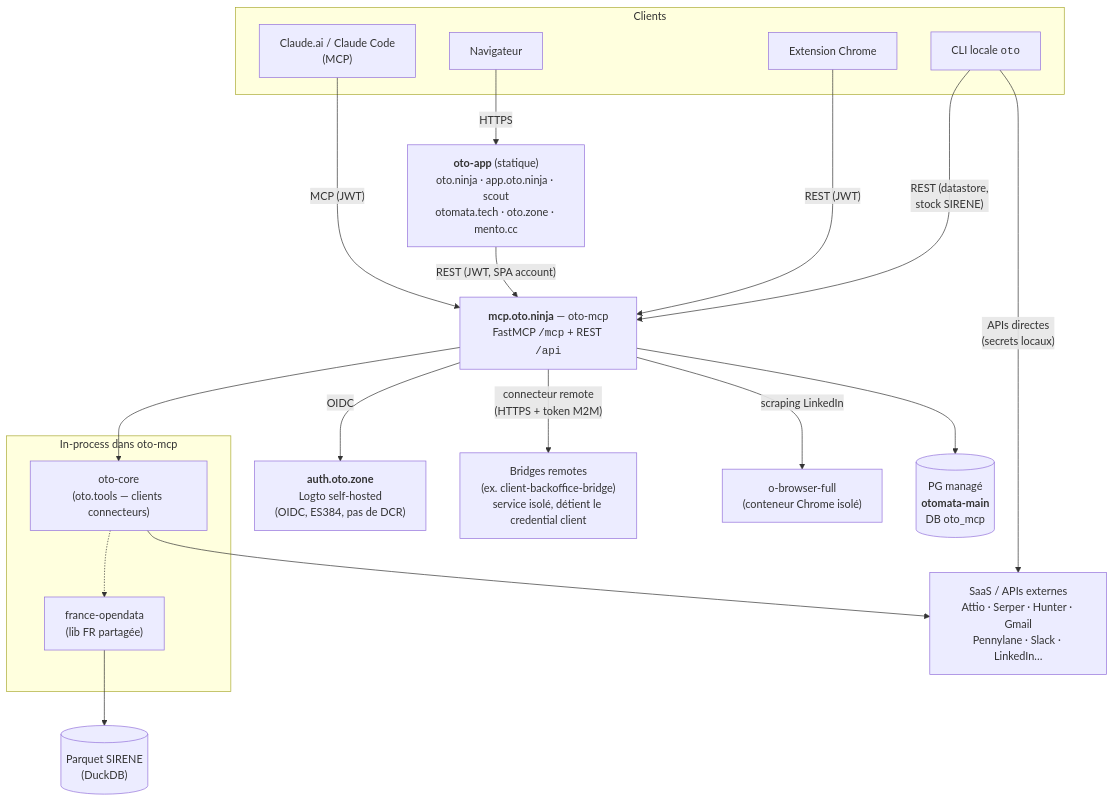
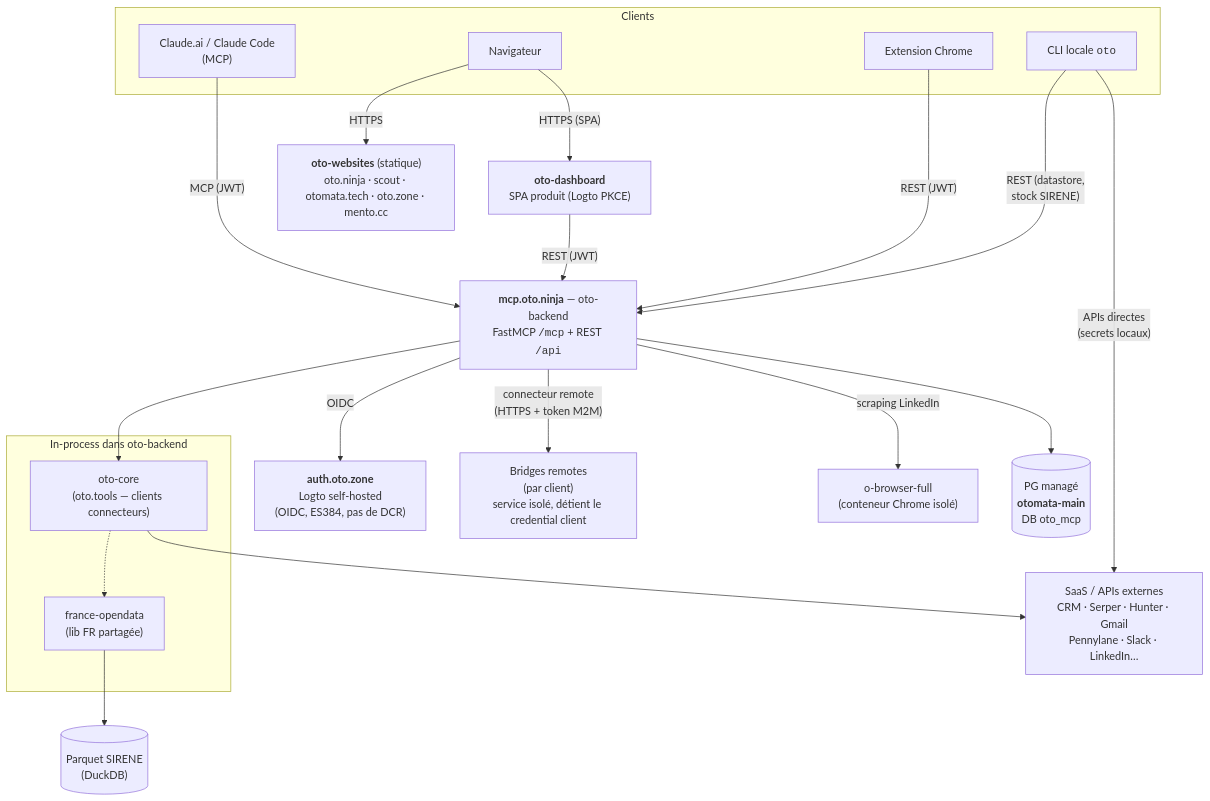
The diagram in docs/architecture.md (otomata-tech/oto), drawn with Mermaid before and after one commit. The commit also changed other lines of this file and 1 other file, not shown here.

````diff
--- a/docs/architecture.md
+++ b/docs/architecture.md
@@ -7,41 +7,43 @@
 ```mermaid
 flowchart TB
     subgraph clients["Clients"]
         claude["Claude.ai / Claude Code<br/>(MCP)"]
         nav["Navigateur"]
         ext["Extension Chrome"]
         cli["CLI locale <code>oto</code>"]
     end
 
     logto["<b>auth.oto.zone</b><br/>Logto self-hosted<br/>(OIDC, ES384, pas de DCR)"]
-    mcp["<b>mcp.oto.ninja</b> — oto-mcp<br/>FastMCP <code>/mcp</code> + REST <code>/api</code>"]
-    fronts["<b>oto-app</b> (statique)<br/>oto.ninja · app.oto.ninja · scout<br/>otomata.tech · oto.zone · mento.cc"]
+    mcp["<b>mcp.oto.ninja</b> — oto-backend<br/>FastMCP <code>/mcp</code> + REST <code>/api</code>"]
+    dash["<b>oto-dashboard</b><br/>SPA produit (Logto PKCE)"]
+    fronts["<b>oto-websites</b> (statique)<br/>oto.ninja · scout · otomata.tech · oto.zone · mento.cc"]
 
-    subgraph libs["In-process dans oto-mcp"]
+    subgraph libs["In-process dans oto-backend"]
         otocli["oto-core<br/>(oto.tools — clients connecteurs)"]
         fod["france-opendata<br/>(lib FR partagée)"]
     end
 
-    bridge["Bridges remotes<br/>(ex. client-backoffice-bridge)<br/>service isolé, détient le credential client"]
+    bridge["Bridges remotes<br/>(par client)<br/>service isolé, détient le credential client"]
 
     obrowser["o-browser-full<br/>(conteneur Chrome isolé)"]
     pg[("PG managé<br/><b>otomata-main</b><br/>DB oto_mcp")]
     parquet[("Parquet SIRENE<br/>(DuckDB)")]
-    saas["SaaS / APIs externes<br/>Attio · Serper · Hunter · Gmail<br/>Pennylane · Slack · LinkedIn…"]
+    saas["SaaS / APIs externes<br/>CRM · Serper · Hunter · Gmail<br/>Pennylane · Slack · LinkedIn…"]
 
     claude -- "MCP (JWT)" --> mcp
     nav -- "HTTPS" --> fronts
-    fronts -- "REST (JWT, SPA account)" --> mcp
+    nav -- "HTTPS (SPA)" --> dash
+    dash -- "REST (JWT)" --> mcp
     ext -- "REST (JWT)" --> mcp
     cli -- "REST (datastore,<br/>stock SIRENE)" --> mcp
     cli -- "APIs directes<br/>(secrets locaux)" --> saas
 
     mcp -- "OIDC" --> logto
     mcp --> otocli
     otocli -.-> fod
     mcp -- "scraping LinkedIn" --> obrowser
     mcp -- "connecteur remote<br/>(HTTPS + token M2M)" --> bridge
     otocli --> saas
     mcp --> pg
     fod --> parquet
 ```
````
